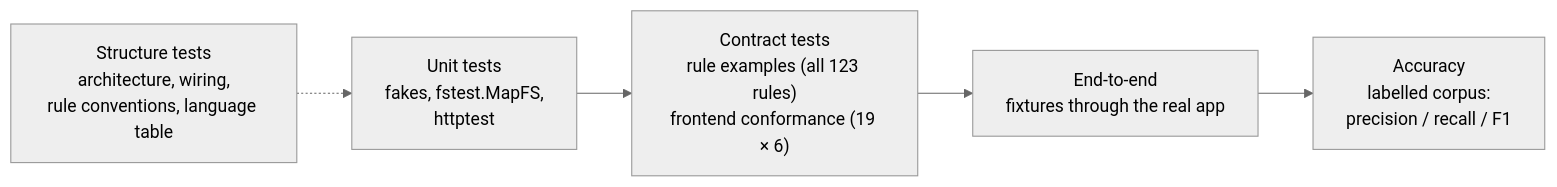
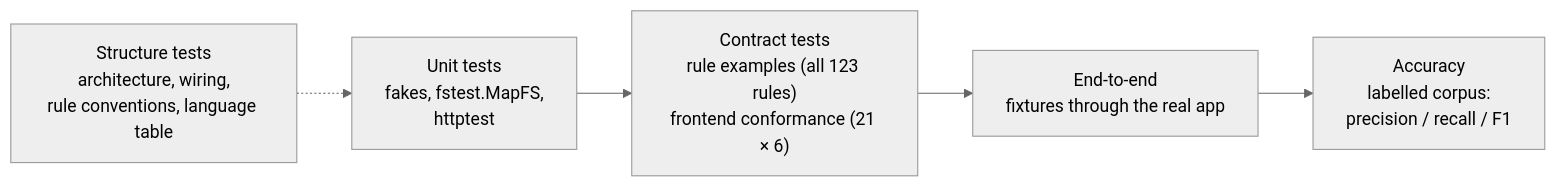
One commit to GoNetTools/datawarden changed the fifth of 5 diagrams in docs/ARCHITECTURE.md. Above: the diagram before and after it, drawn with Mermaid (neutral theme). The commit also changed other lines of this file and 23 other files, not shown here.

````diff
--- a/docs/ARCHITECTURE.md
+++ b/docs/ARCHITECTURE.md
@@ -324,7 +325,7 @@
 ```mermaid
 flowchart LR
-    U["Unit tests<br/>fakes, fstest.MapFS,<br/>httptest"] --> C["Contract tests<br/>rule examples (all 123 rules)<br/>frontend conformance (19 × 6)"]
+    U["Unit tests<br/>fakes, fstest.MapFS,<br/>httptest"] --> C["Contract tests<br/>rule examples (all 123 rules)<br/>frontend conformance (21 × 6)"]
     C --> E["End-to-end<br/>fixtures through the real app"]
     E --> A["Accuracy<br/>labelled corpus:<br/>precision / recall / F1"]
     S["Structure tests<br/>architecture, wiring,<br/>rule conventions, language table"] -.-> U
 ```
````
